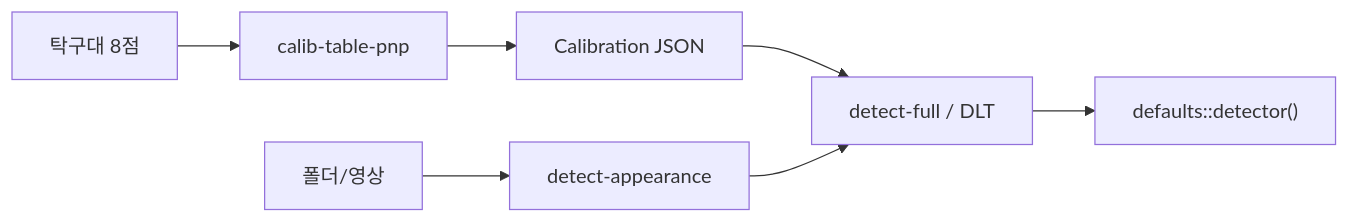
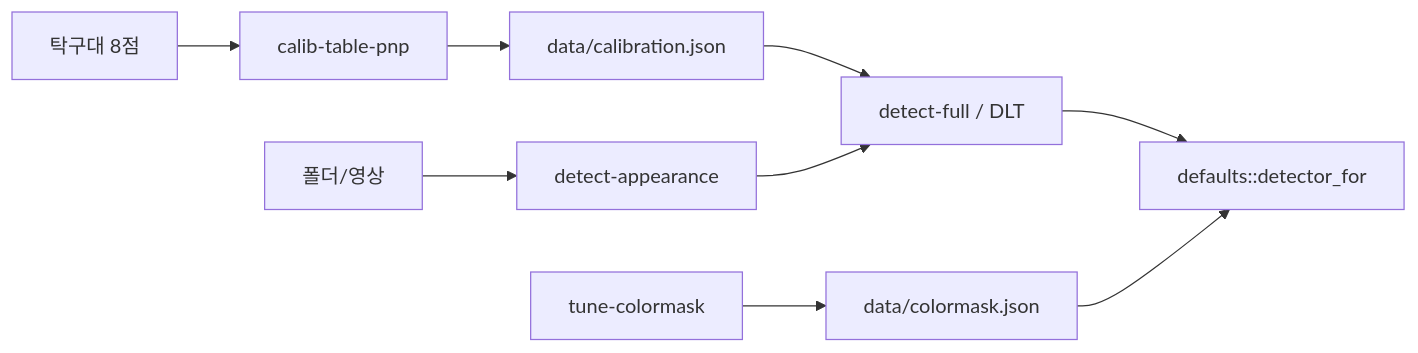
One commit to luv-all/pingpong-bot changed the fourth of 4 diagrams in README.md. Above: the diagram before and after it, drawn with Mermaid. The commit also changed other lines of this file and 32 other files, not shown here.

First line of the commit message:
feat(vision): per-cam colormask under data/ with hard SSOT paths

````diff
--- a/README.md
+++ b/README.md
@@ -278,8 +278,9 @@
 ```mermaid
 flowchart LR
-  table["탁구대 8점"] --> pnp["calib-table-pnp"] --> json["Calibration JSON"]
+  table["탁구대 8점"] --> pnp["calib-table-pnp"] --> json["data/calibration.json"]
   json --> full["detect-full / DLT"]
   frames["폴더/영상"] --> appearance["detect-appearance"]
   appearance --> full
-  full --> defaults["defaults::detector()"]
+  full --> defaults["defaults::detector_for"]
+  tune["tune-colormask"] --> cm["data/colormask.json"] --> defaults
 ```
````
